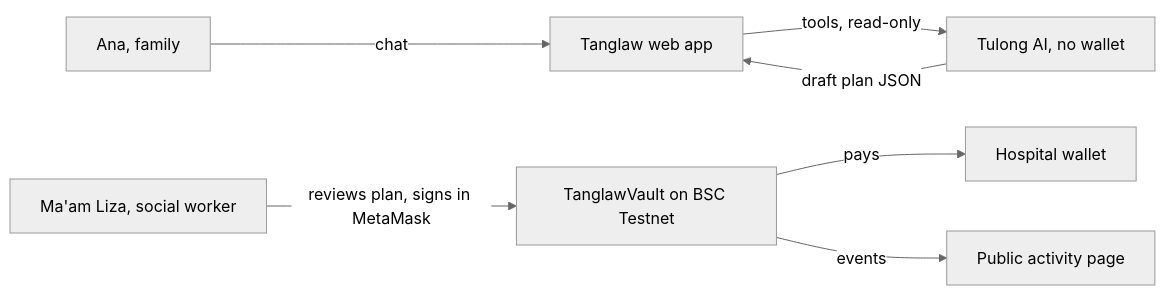
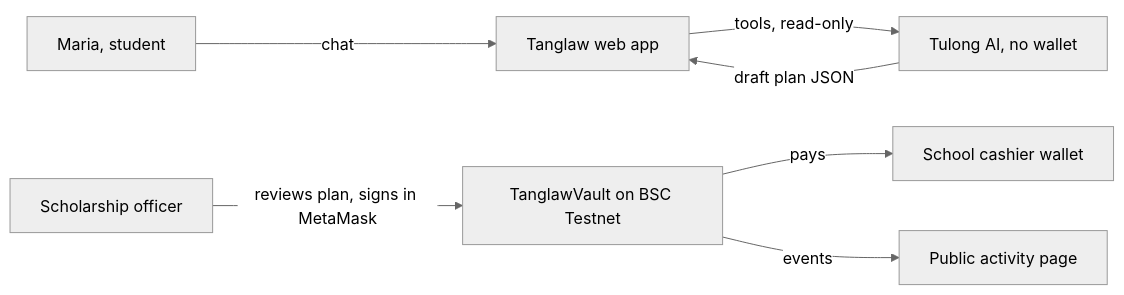
Before and after one commit to lyle-leif/Tanglaw: the diagram in readme.md, drawn with Mermaid (neutral theme). The commit also changed other lines of this file and 39 other files, not shown here.

First line of the commit message:
Move the app to the campus scholarship story and the new vault

````diff
--- a/readme.md
+++ b/readme.md
@@ -51,9 +48,9 @@
 ```mermaid
 flowchart LR
-    Ana[Ana, family] -->|chat| App[Tanglaw web app]
+    Maria[Maria, student] -->|chat| App[Tanglaw web app]
     App -->|tools, read-only| Tulong[Tulong AI, no wallet]
     Tulong -->|draft plan JSON| App
-    Liza[Ma'am Liza, social worker] -->|reviews plan, signs in MetaMask| Vault[TanglawVault on BSC Testnet]
-    Vault -->|pays| Hospital[Hospital wallet]
+    Officer[Scholarship officer] -->|reviews plan, signs in MetaMask| Vault[TanglawVault on BSC Testnet]
+    Vault -->|pays| School[School cashier wallet]
     Vault -->|events| Public[Public activity page]
 ```
````
